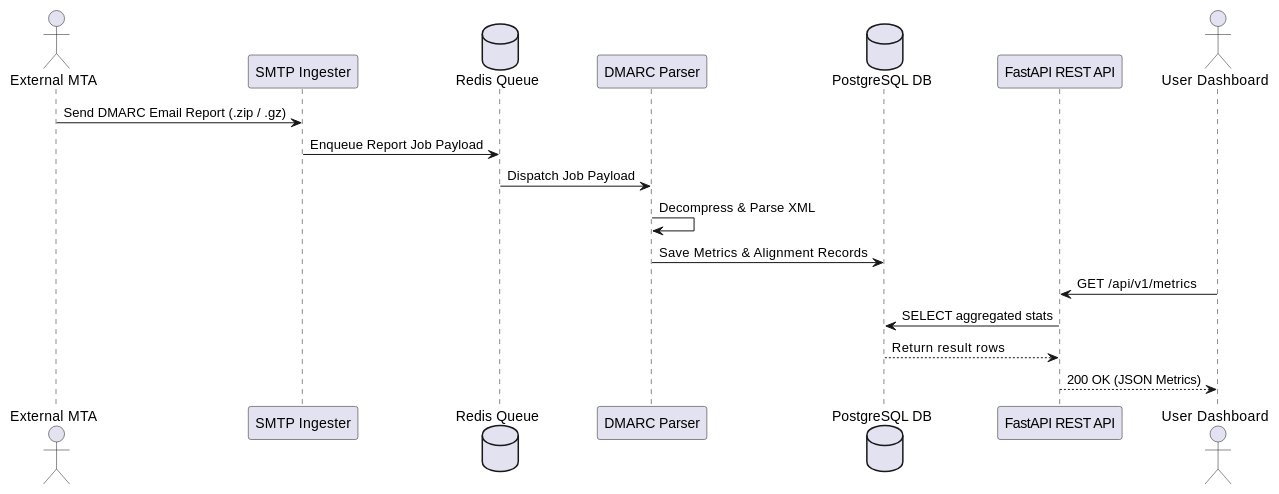
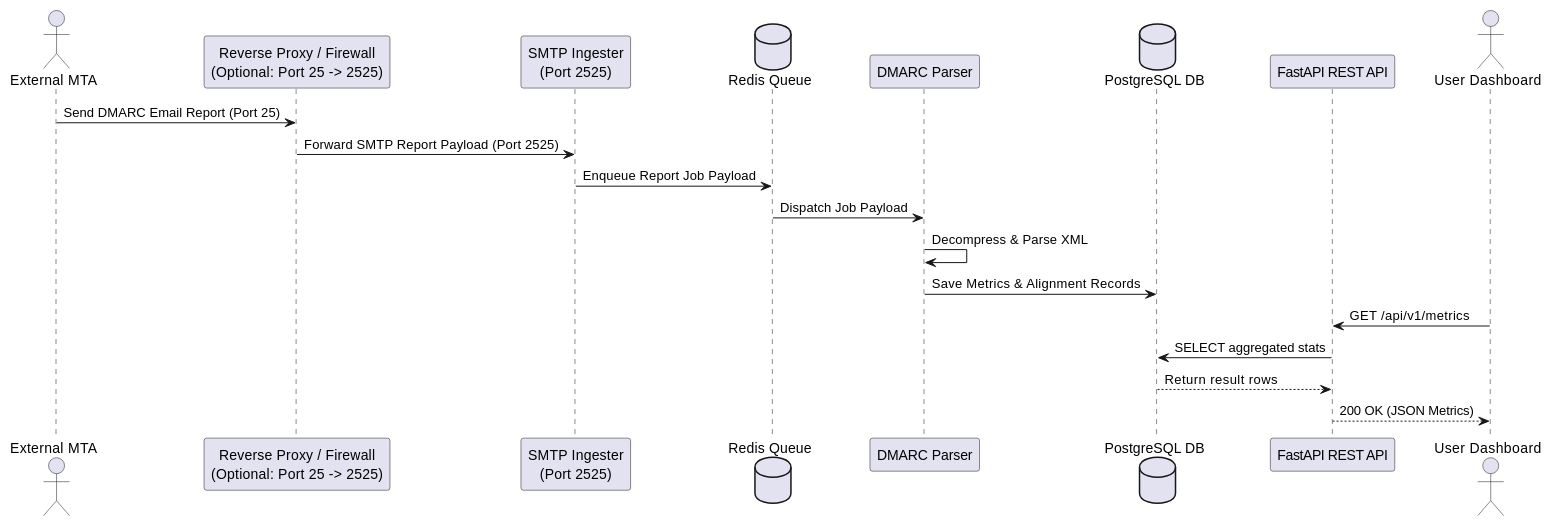
Before and after one commit to Eidolf/ER-DMARC-Monitor: the diagram in docs/arc42/06-runtime-view.adoc, drawn with PlantUML. The commit also changed other lines of this file and 10 other files, not shown here.

Commit message:
feat(docs): document reverse proxy routing from port 25 to 2525 in architecture diagram and arc42

```diff
--- a/docs/arc42/06-runtime-view.adoc
+++ b/docs/arc42/06-runtime-view.adoc
@@ -9,22 +10,24 @@
 [plantuml, runtime-ingestion-sequence, svg]
 ----
 @startuml
 actor "External MTA" as mta
-participant "SMTP Ingester" as smtp
+participant "Reverse Proxy / Firewall\n(Optional: Port 25 -> 2525)" as proxy
+participant "SMTP Ingester\n(Port 2525)" as smtp
 database "Redis Queue" as redis
 participant "DMARC Parser" as parser
 database "PostgreSQL DB" as db
 participant "FastAPI REST API" as api
 actor "User Dashboard" as ui
 
-mta -> smtp : Send DMARC Email Report (.zip / .gz)
+mta -> proxy : Send DMARC Email Report (Port 25)
+proxy -> smtp : Forward SMTP Report Payload (Port 2525)
 smtp -> redis : Enqueue Report Job Payload
 redis -> parser : Dispatch Job Payload
 parser -> parser : Decompress & Parse XML
 parser -> db : Save Metrics & Alignment Records
 ui -> api : GET /api/v1/metrics
 api -> db : SELECT aggregated stats
 db --> api : Return result rows
 api --> ui : 200 OK (JSON Metrics)
 @enduml
 ----
```
